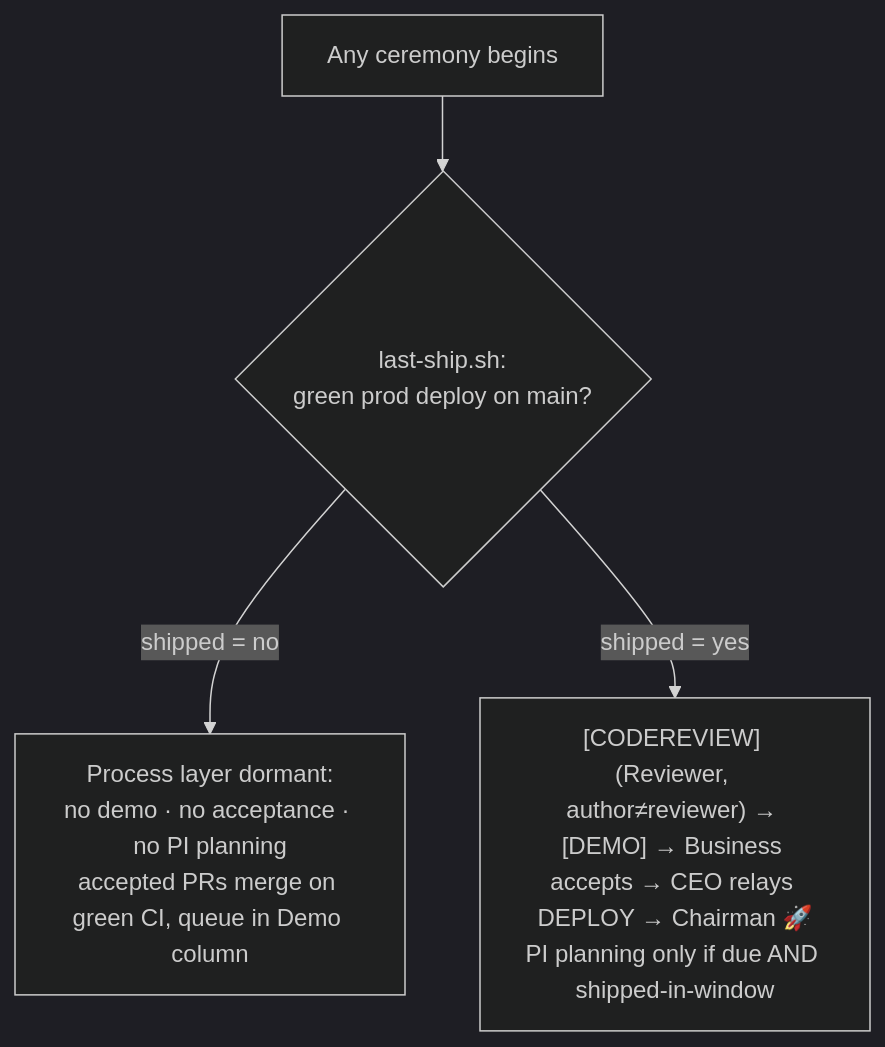
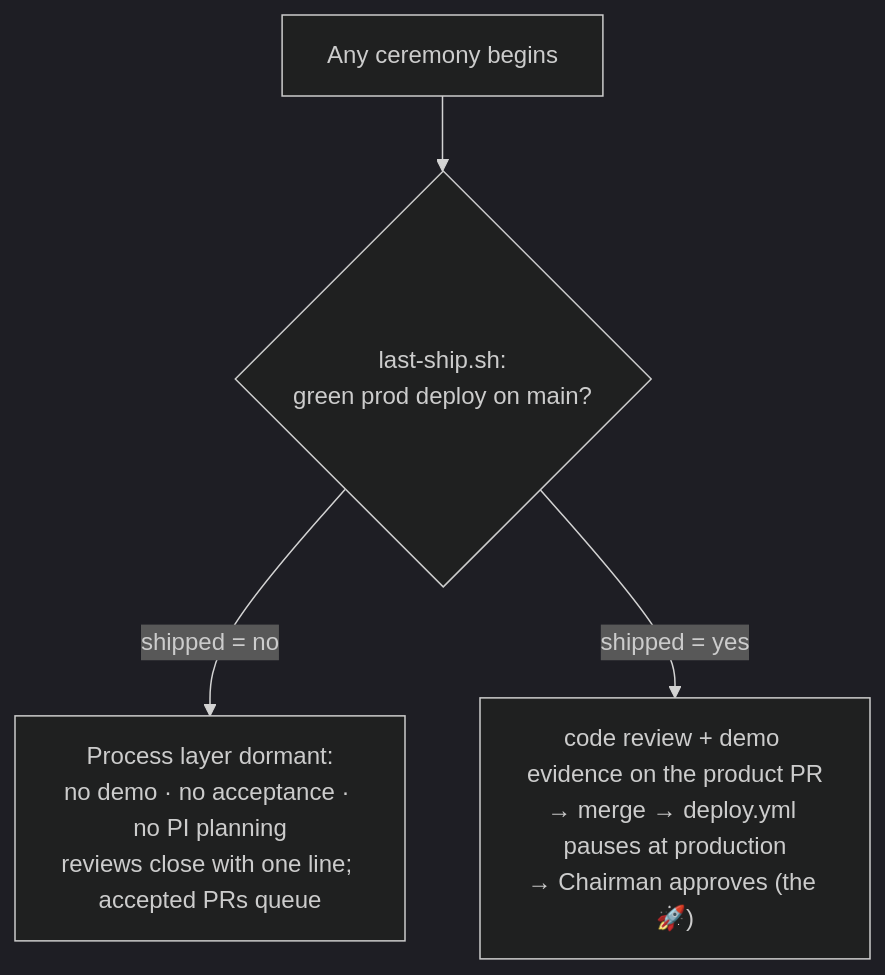
The eighth of 10 diagrams in docs/ARCHITECTURE.md (johnplantada/scrum-jail-governance-playbook), drawn with Mermaid (dark theme) before and after one commit. The commit also changed other lines of this file and 15 other files, not shown here.

````diff
--- a/docs/ARCHITECTURE.md
+++ b/docs/ARCHITECTURE.md
@@ -225,6 +278,6 @@
 ```mermaid
 flowchart TD
     Cer["Any ceremony begins"] --> Pred{"last-ship.sh:<br/>green prod deploy on main?"}
-    Pred -->|"shipped = no"| Dormant["Process layer dormant:<br/>no demo · no acceptance · no PI planning<br/>accepted PRs merge on green CI, queue in Demo column"]
-    Pred -->|"shipped = yes"| Active["[CODEREVIEW] (Reviewer, author≠reviewer) → [DEMO] → Business accepts → CEO relays DEPLOY → Chairman 🚀<br/>PI planning only if due AND shipped-in-window"]
+    Pred -->|"shipped = no"| Dormant["Process layer dormant:<br/>no demo · no acceptance · no PI planning<br/>reviews close with one line; accepted PRs queue"]
+    Pred -->|"shipped = yes"| Active["code review + demo evidence on the product PR<br/>→ merge → deploy.yml pauses at production<br/>→ Chairman approves (the 🚀)"]
 ```
````
